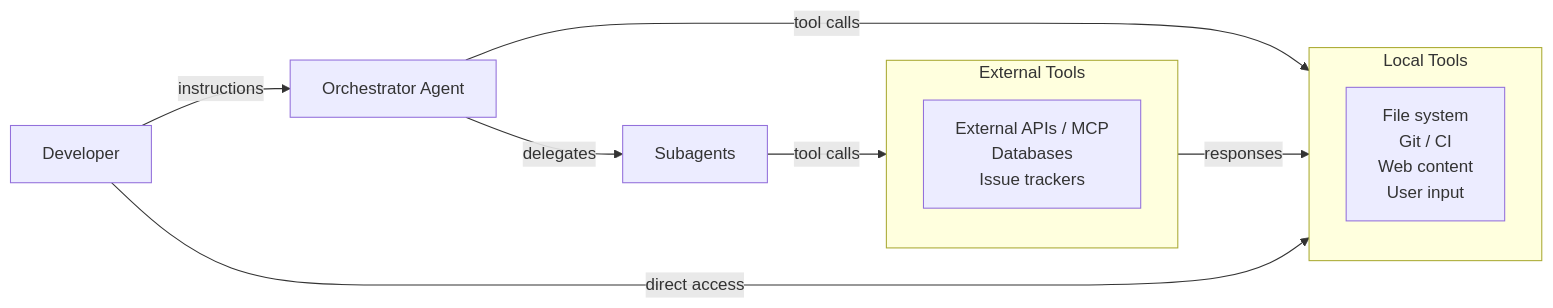
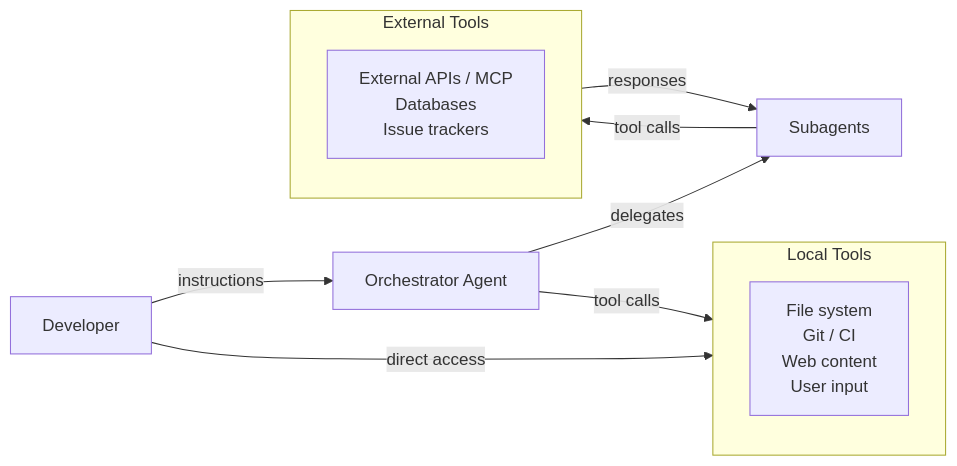
Before and after one commit to awsm-research/agentic-swe-book: the first of 2 diagrams in src/chapter_9.md, drawn with Mermaid. The commit also changed other lines of this file and 2 other files, not shown here.

````diff
--- a/src/chapter_9.md
+++ b/src/chapter_9.md
@@ -44,21 +49,21 @@
 ```mermaid
 flowchart LR
     Dev[Developer]
     Orch[Orchestrator Agent]
     Sub[Subagents]
 
     subgraph LocalTools["Local Tools"]
         FS["File system\nGit / CI\nWeb content\nUser input"]
     end
 
     subgraph ExternalTools["External Tools"]
         Ext["External APIs / MCP\nDatabases\nIssue trackers"]
     end
 
     Dev -->|instructions| Orch
     Orch -->|delegates| Sub
     Orch -->|tool calls| LocalTools
     Sub -->|tool calls| ExternalTools
-    ExternalTools -->|responses| LocalTools
+    ExternalTools -->|responses| Sub
     Dev -->|direct access| LocalTools
 ```
````
